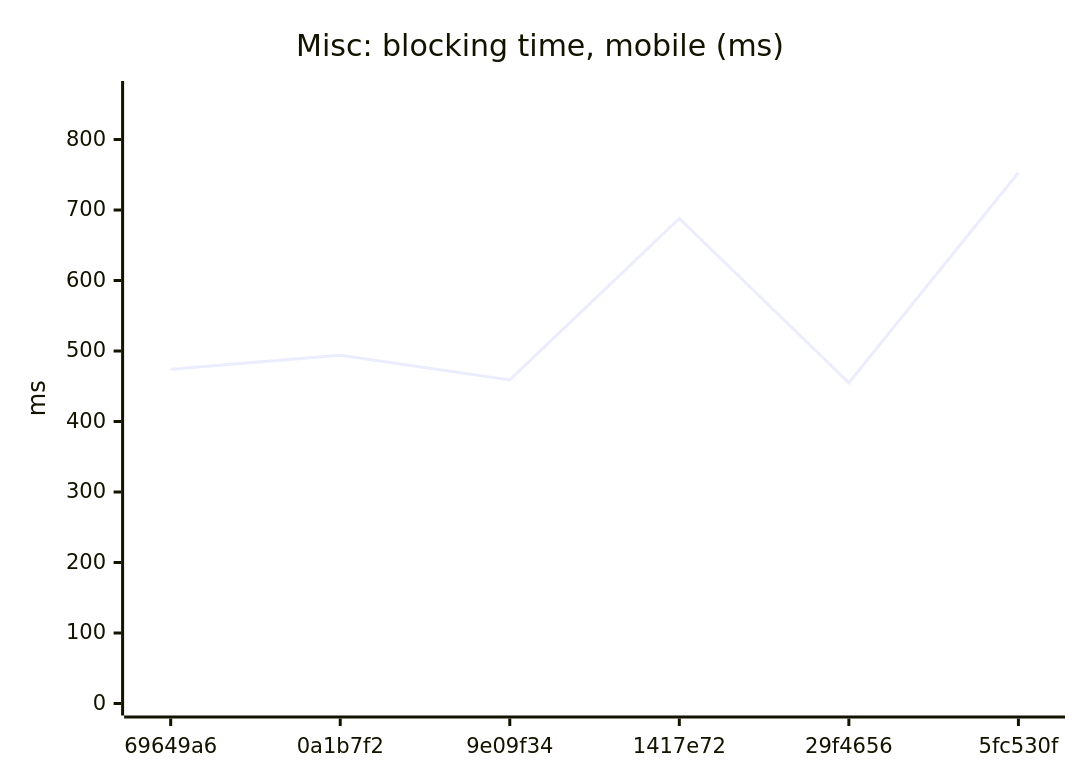
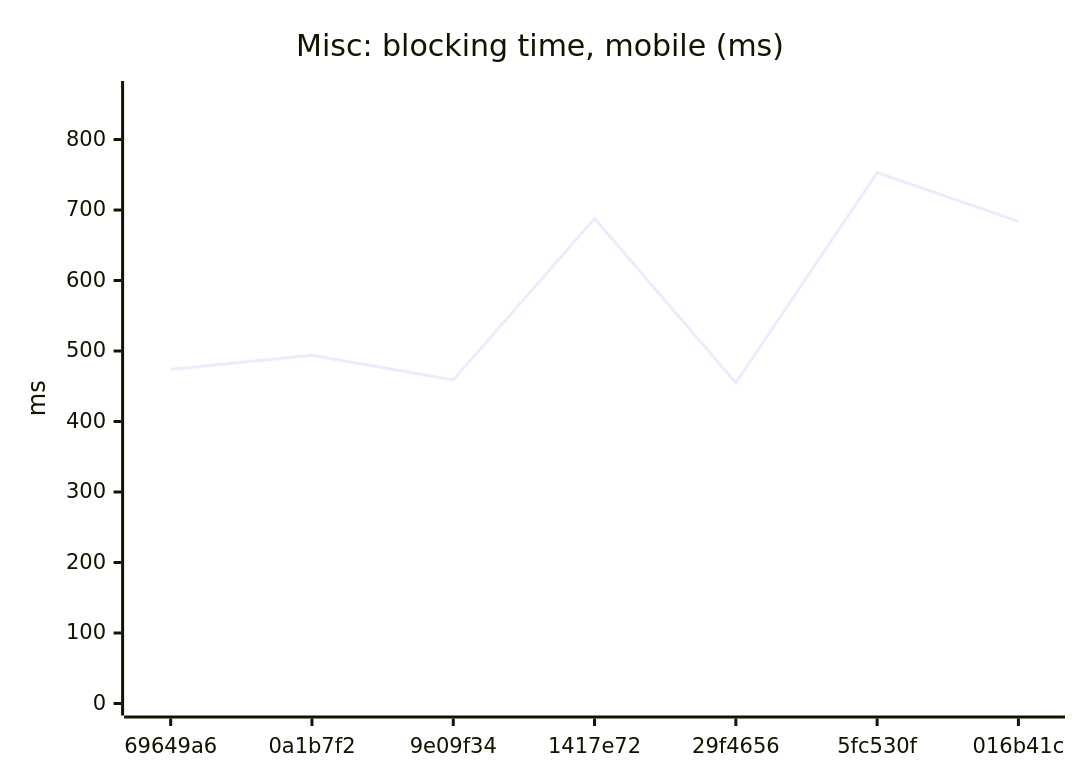
One commit to AxelUser/maltsev.space changed the eighth of 18 diagrams in README.md. Above: the diagram before and after it, drawn with Mermaid. The commit also changed other lines of this file and 1 other file, not shown here.

````diff
--- a/README.md
+++ b/README.md
@@ -97,7 +97,7 @@
 ```mermaid
 xychart-beta
   title "Misc: blocking time, mobile (ms)"
-  x-axis ["69649a6", "0a1b7f2", "9e09f34", "1417e72", "29f4656", "5fc530f"]
+  x-axis ["69649a6", "0a1b7f2", "9e09f34", "1417e72", "29f4656", "5fc530f", "016b41c"]
   y-axis "ms" 0 --> 866
-  line [474, 494, 459, 688, 455, 753]
+  line [474, 494, 459, 688, 455, 753, 684]
 ```
````
